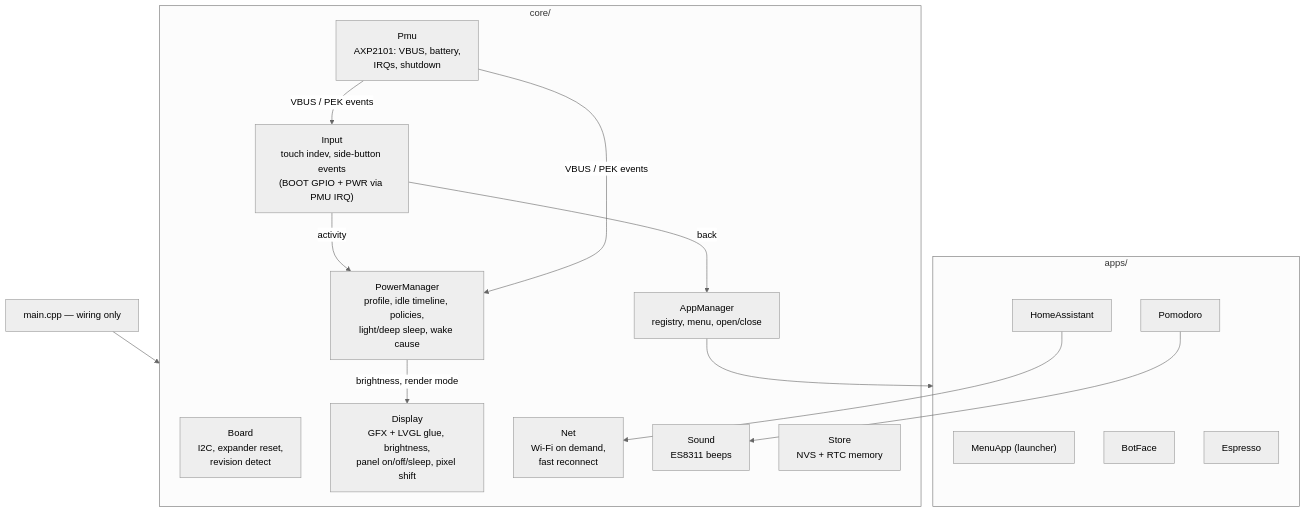
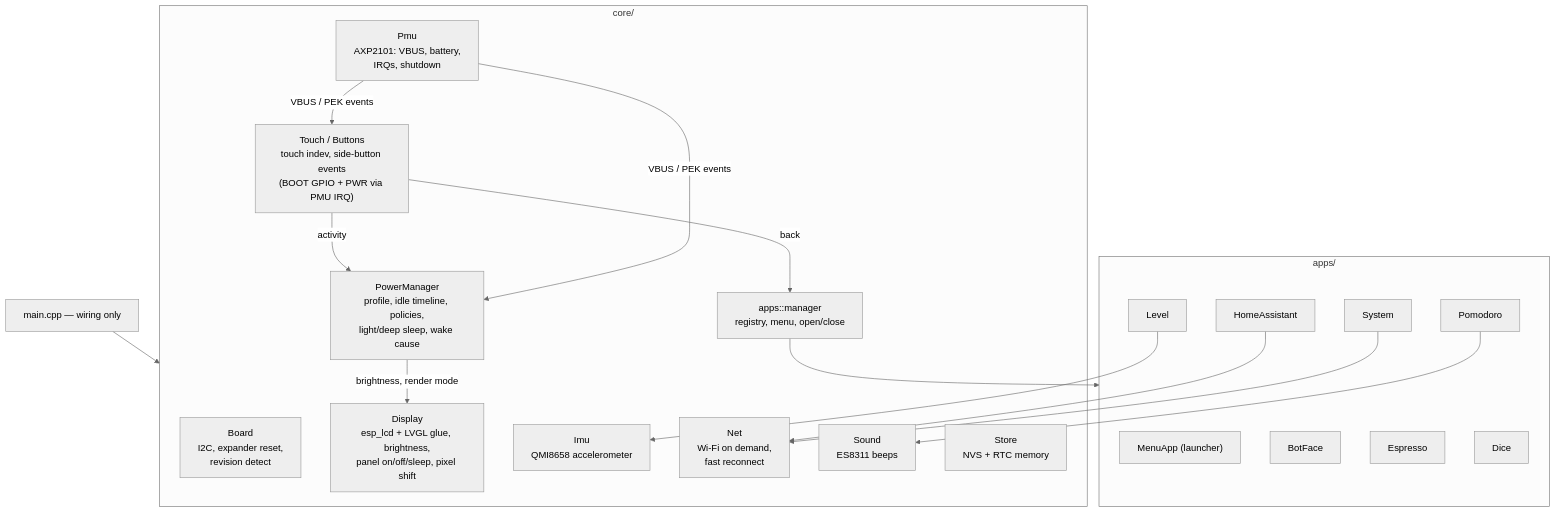
The first of 2 diagrams in docs/ARCHITECTURE.md (EbrithilNogare/ESP32-AMOLED), drawn with Mermaid (neutral theme) before and after one commit. The commit also changed other lines of this file and 110 other files, not shown here.

````diff
--- a/docs/ARCHITECTURE.md
+++ b/docs/ARCHITECTURE.md
@@ -169,30 +173,36 @@
 ```mermaid
 flowchart TB
     main["main.cpp — wiring only"]
     subgraph core [core/]
         board["Board<br/>I2C, expander reset,<br/>revision detect"]
-        display["Display<br/>GFX + LVGL glue, brightness,<br/>panel on/off/sleep, pixel shift"]
-        input["Input<br/>touch indev, side-button events<br/>(BOOT GPIO + PWR via PMU IRQ)"]
+        display["Display<br/>esp_lcd + LVGL glue, brightness,<br/>panel on/off/sleep, pixel shift"]
+        input["Touch / Buttons<br/>touch indev, side-button events<br/>(BOOT GPIO + PWR via PMU IRQ)"]
         pmu["Pmu<br/>AXP2101: VBUS, battery,<br/>IRQs, shutdown"]
+        imu["Imu<br/>QMI8658 accelerometer"]
         power["PowerManager<br/>profile, idle timeline, policies,<br/>light/deep sleep, wake cause"]
         net["Net<br/>Wi-Fi on demand,<br/>fast reconnect"]
         sound["Sound<br/>ES8311 beeps"]
         store["Store<br/>NVS + RTC memory"]
-        apps["AppManager<br/>registry, menu, open/close"]
+        apps["apps::manager<br/>registry, menu, open/close"]
     end
     subgraph appdir [apps/]
         menu["MenuApp (launcher)"]
         ha["HomeAssistant"]
         bot["BotFace"]
         pomo["Pomodoro"]
         esp["Espresso"]
+        dice["Dice"]
+        level["Level"]
+        sys["System"]
     end
     main --> core
     input -- activity --> power
     pmu -- "VBUS / PEK events" --> power & input
     power -- brightness, render mode --> display
     input -- "back" --> apps
     apps --> appdir
     ha --> net
     pomo --> sound
+    level --> imu
+    sys --> net
 ```
````
